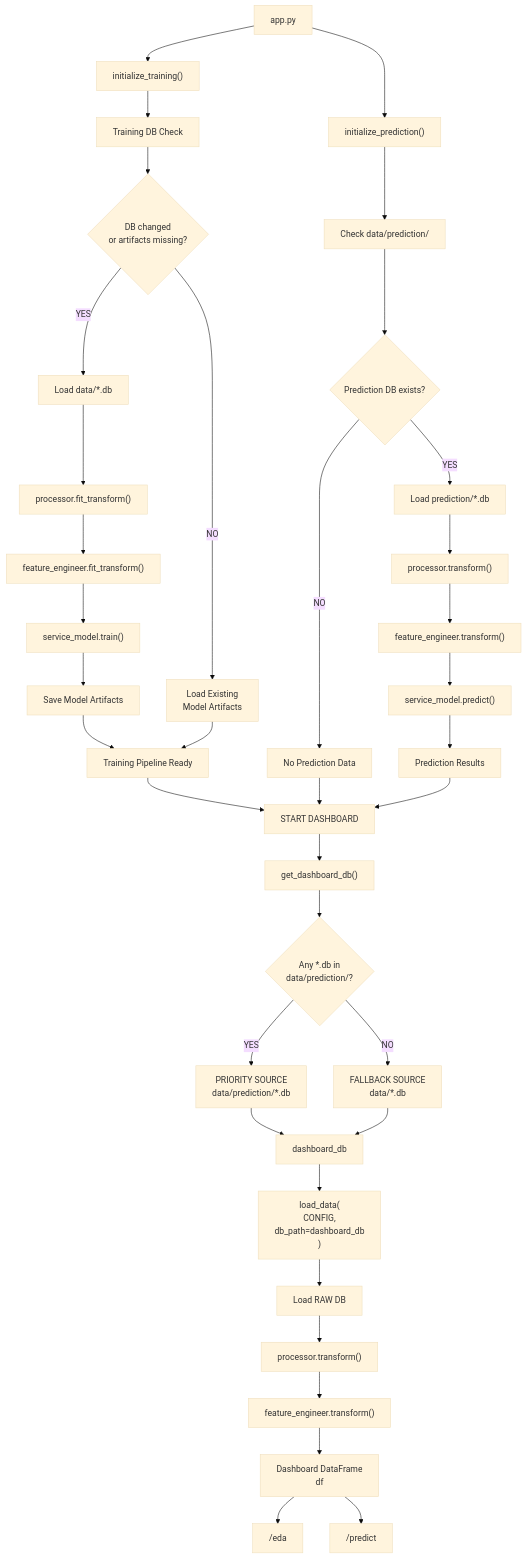
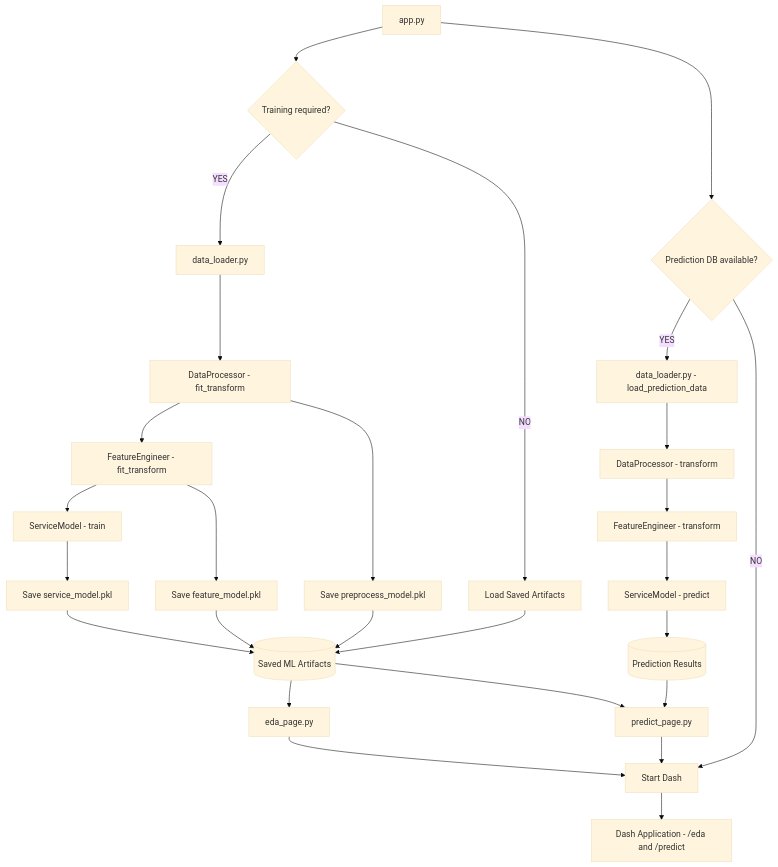
Before and after one commit to atrixmania/aiap25-ongjianhe-162e: the second of 2 diagrams in README.md, drawn with Mermaid (base theme).

````diff
--- a/README.md
+++ b/README.md
@@ -178,75 +185,48 @@
 ```mermaid
 flowchart TD
+
     A["app.py"]
 
-    %% =========================
-    %% TRAINING
-    %% =========================
+    %% TRAINING CHECK
+    A --> TC{"Training required?"}
 
-    A --> B["initialize_training()"]
+    TC -->|YES| D["data_loader.py"]
+    TC -->|NO| L["Load Saved Artifacts"]
 
-    B --> C["Training DB Check"]
+    D --> P["DataProcessor - fit_transform"]
+    P --> F["FeatureEngineer - fit_transform"]
+    F --> M["ServiceModel - train"]
 
-    C --> D{"DB changed<br/>or artifacts missing?"}
+    M --> SA["Save service_model.pkl"]
+    P --> SP["Save preprocess_model.pkl"]
+    F --> SF["Save feature_model.pkl"]
 
-    D -->|YES| E["Load data/*.db"]
-    E --> F["processor.fit_transform()"]
-    F --> G["feature_engineer.fit_transform()"]
-    G --> H["service_model.train()"]
-    H --> I["Save Model Artifacts"]
+    SA --> ART[("Saved ML Artifacts")]
+    SP --> ART
+    SF --> ART
 
-    D -->|NO| J["Load Existing<br/>Model Artifacts"]
+    L --> ART
 
-    I --> K["Training Pipeline Ready"]
-    J --> K
+    %% PREDICTION CHECK
+    A --> PC{"Prediction DB available?"}
 
-    %% =========================
-    %% PREDICTION
-    %% =========================
+    PC -->|YES| PD["data_loader.py - load_prediction_data"]
+    PC -->|NO| DASH["Start Dash"]
 
-    A --> L["initialize_prediction()"]
+    PD --> PT["DataProcessor - transform"]
+    PT --> FT["FeatureEngineer - transform"]
+    FT --> MP["ServiceModel - predict"]
+    MP --> PR[("Prediction Results")]
 
-    L --> M["Check data/prediction/"]
+    %% PRESENTATION
+    ART --> E["eda_page.py"]
+    ART --> R["predict_page.py"]
 
-    M --> N{"Prediction DB exists?"}
+    PR --> R
 
-    N -->|YES| O["Load prediction/*.db"]
-    N -->|NO| P["No Prediction Data"]
+    E --> DASH
+    R --> DASH
 
-    O --> Q["processor.transform()"]
-    Q --> R["feature_engineer.transform()"]
-    R --> S["service_model.predict()"]
-    S --> T["Prediction Results"]
-
-    %% =========================
-    %% DASHBOARD
-    %% =========================
-
-    K --> U["START DASHBOARD"]
-    P --> U
-    T --> U
-
-    U --> V["get_dashboard_db()"]
-
-    V --> W{"Any *.db in<br/>data/prediction/?"}
-
-    W -->|YES| X["PRIORITY SOURCE<br/>data/prediction/*.db"]
-
-    W -->|NO| Y["FALLBACK SOURCE<br/>data/*.db"]
-
-    X --> Z["dashboard_db"]
-    Y --> Z
-
-    Z --> AA["load_data(<br/>CONFIG,<br/>db_path=dashboard_db<br/>)"]
-
-    AA --> AB["Load RAW DB"]
-
-    AB --> AC["processor.transform()"]
-
-    AC --> AD["feature_engineer.transform()"]
-
-    AD --> AE["Dashboard DataFrame<br/>df"]
-
-    AE --> AF["/eda"]
-    AE --> AG["/predict"]
+    %% DASH
+    DASH --> UI["Dash Application - /eda and /predict"]
 ```
````
